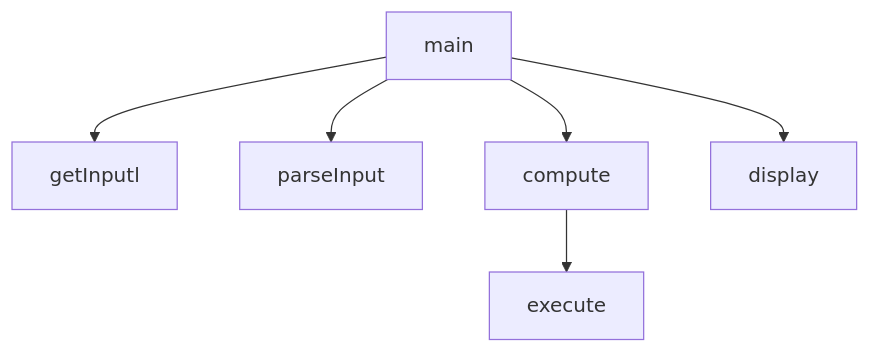
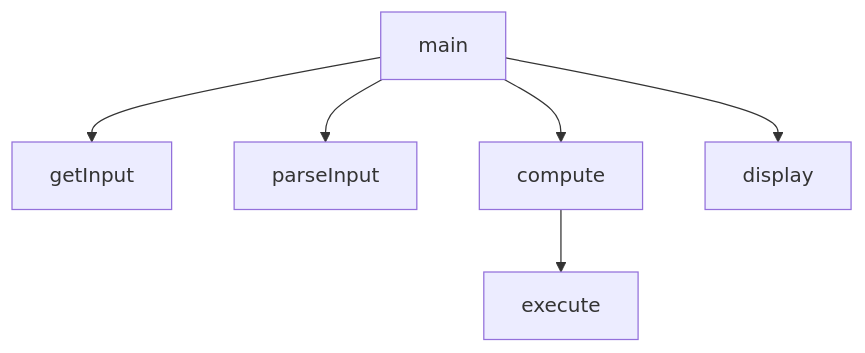
The diagram in lectures/Design/ReadMe.md (sweng-epfl/public), drawn with Mermaid before and after one commit.

Commit message:
Fix typo in Design lecture notes

````diff
--- a/lectures/Design/ReadMe.md
+++ b/lectures/Design/ReadMe.md
@@ -296,14 +296,14 @@
 ```mermaid
 graph TD
     A[main]
-    B[getInputl]
+    B[getInput]
     C[parseInput]
     D[compute]
     E[execute]
     F[display]
     A --> B
     A --> C
     A --> D
     A --> F
     D --> E
 ```
````
